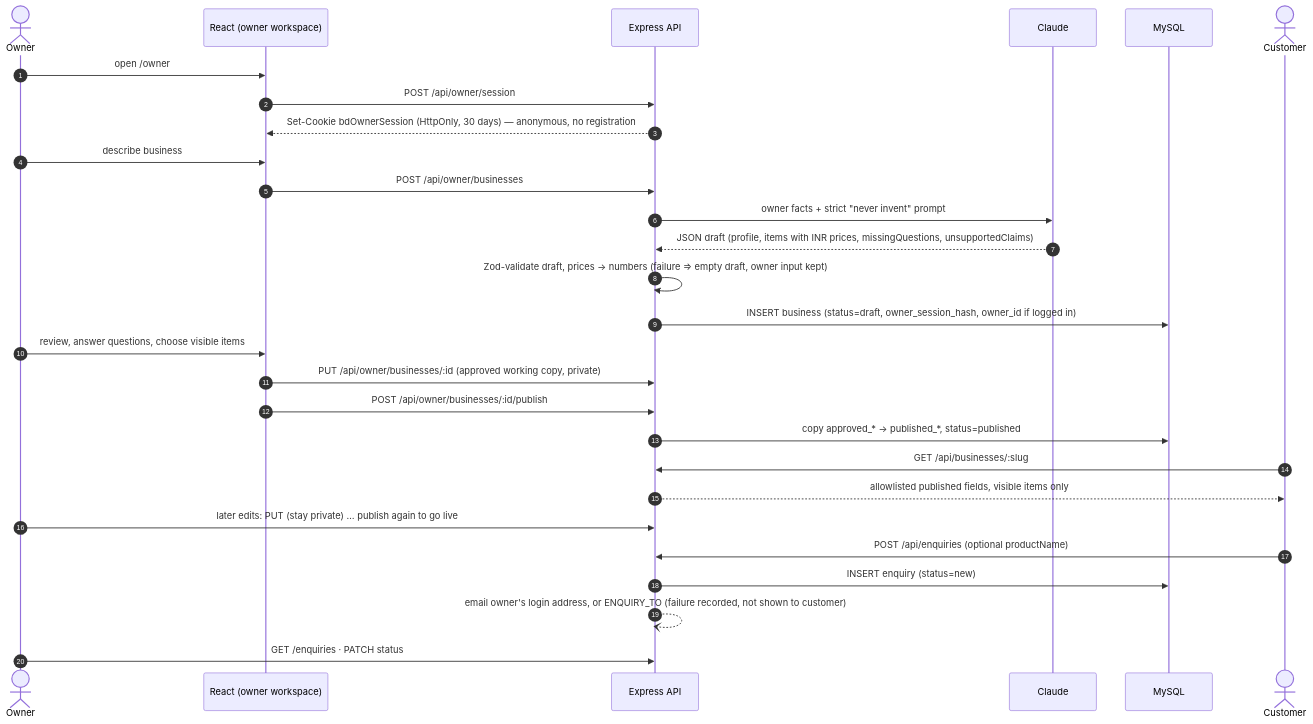
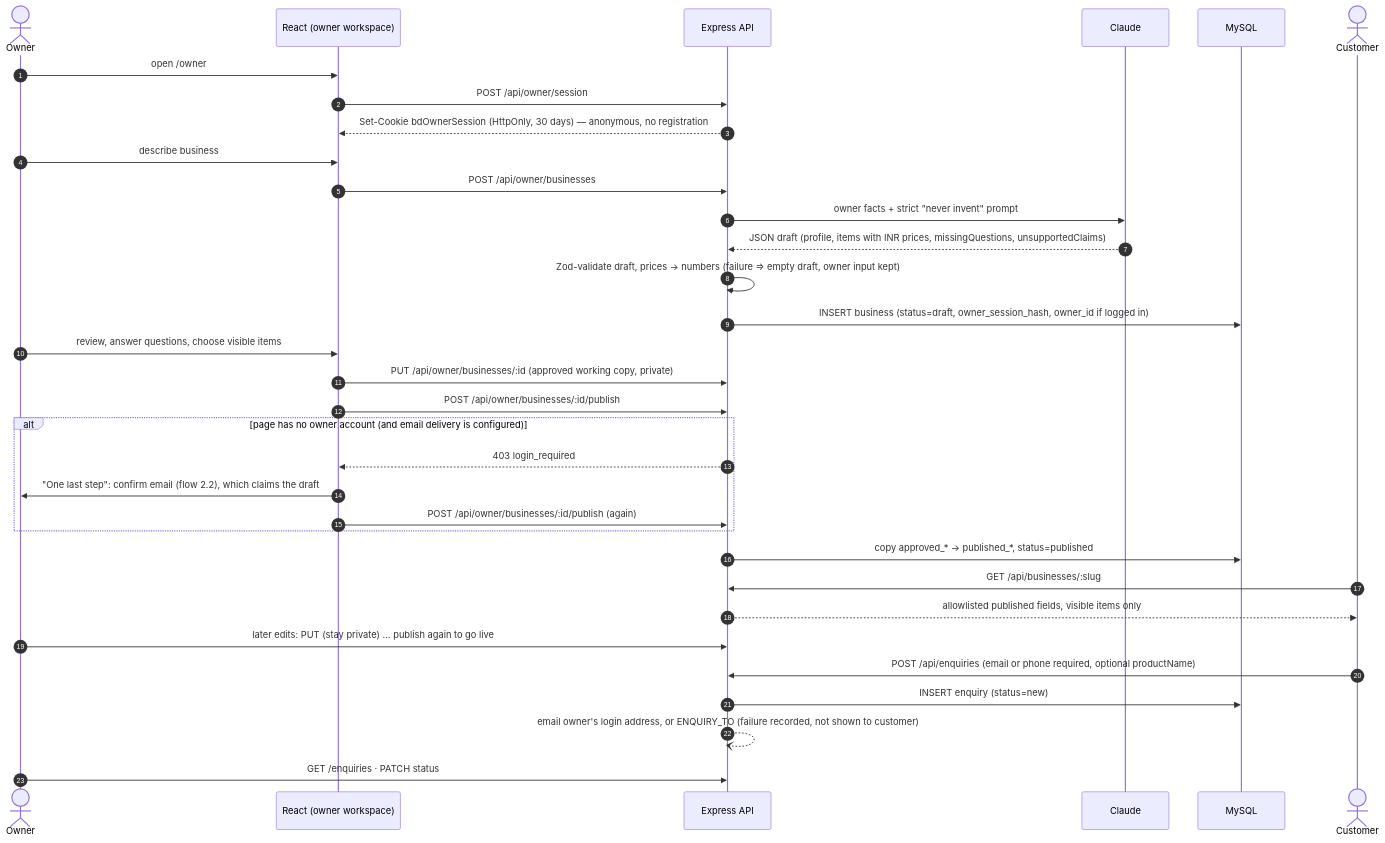
The second of 6 diagrams in docs/architecture.md (sakshi13-m/BizDwaar), drawn with Mermaid before and after one commit. The commit also changed other lines of this file and 2 other files, not shown here.

Commit message:
Docs: email required to publish; email or phone required on enquiries
README owner access, journey, feature table, API and limitations; architecture publish flow, API and ownership rule; demo runbook publish and enquiry steps.

````diff
--- a/docs/architecture.md
+++ b/docs/architecture.md
@@ -53,31 +53,36 @@
 ```mermaid
 sequenceDiagram
   autonumber
   actor Owner
   participant UI as React (owner workspace)
   participant API as Express API
   participant Claude
   participant DB as MySQL
   actor Customer
 
   Owner->>UI: open /owner
   UI->>API: POST /api/owner/session
   API-->>UI: Set-Cookie bdOwnerSession (HttpOnly, 30 days) — anonymous, no registration
   Owner->>UI: describe business
   UI->>API: POST /api/owner/businesses
   API->>Claude: owner facts + strict "never invent" prompt
   Claude-->>API: JSON draft (profile, items with INR prices, missingQuestions, unsupportedClaims)
   API->>API: Zod-validate draft, prices → numbers (failure ⇒ empty draft, owner input kept)
   API->>DB: INSERT business (status=draft, owner_session_hash, owner_id if logged in)
   Owner->>UI: review, answer questions, choose visible items
   UI->>API: PUT /api/owner/businesses/:id (approved working copy, private)
   UI->>API: POST /api/owner/businesses/:id/publish
+  alt page has no owner account (and email delivery is configured)
+    API-->>UI: 403 login_required
+    UI->>Owner: "One last step": confirm email (flow 2.2), which claims the draft
+    UI->>API: POST /api/owner/businesses/:id/publish (again)
+  end
   API->>DB: copy approved_* → published_*, status=published
   Customer->>API: GET /api/businesses/:slug
   API-->>Customer: allowlisted published fields, visible items only
   Owner->>API: later edits: PUT (stay private) … publish again to go live
-  Customer->>API: POST /api/enquiries (optional productName)
+  Customer->>API: POST /api/enquiries (email or phone required, optional productName)
   API->>DB: INSERT enquiry (status=new)
   API--)API: email owner's login address, or ENQUIRY_TO (failure recorded, not shown to customer)
   Owner->>API: GET /enquiries · PATCH status
 ```
````
